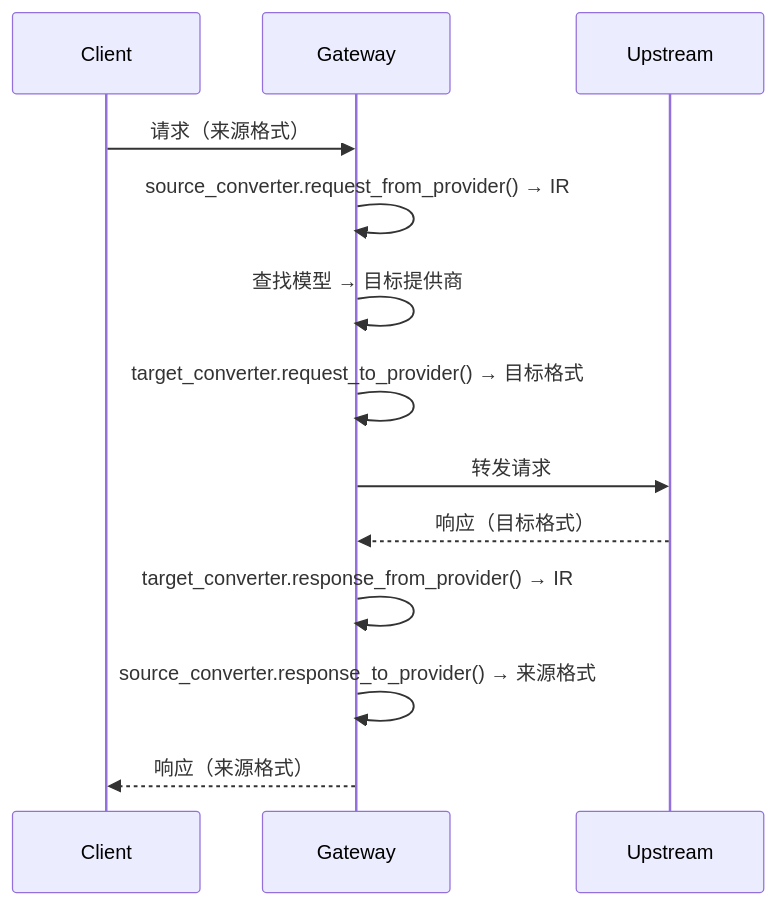
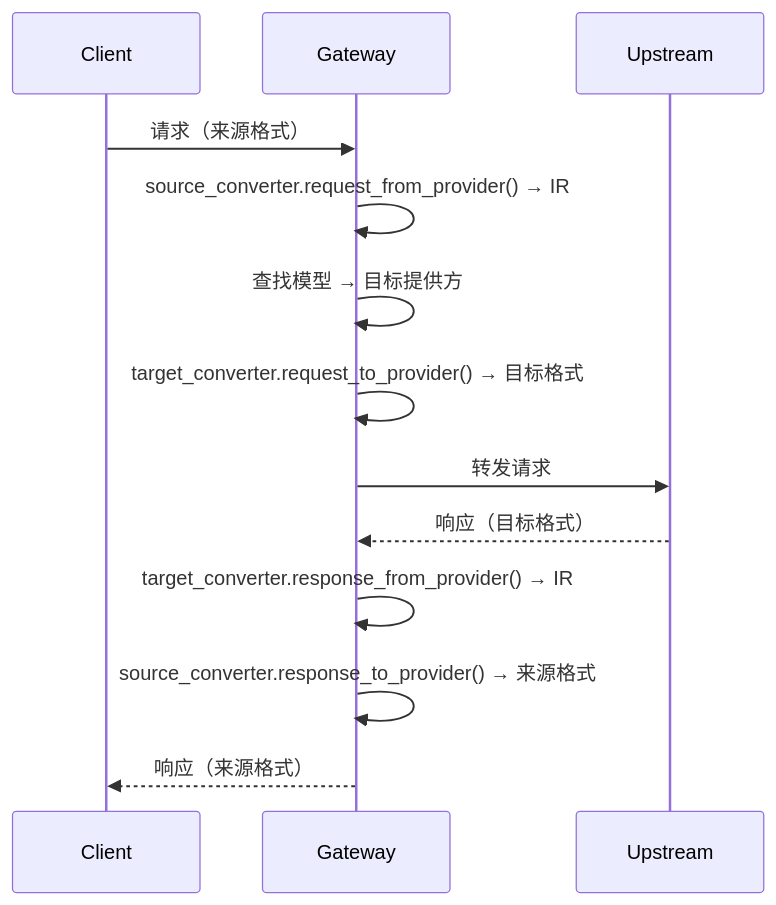
Before and after one commit to Oaklight/llm-rosetta: the second of 2 diagrams in docs/gateway/index.md, drawn with Mermaid. The commit also changed other lines of this file and 29 other files, not shown here.

````diff
--- a/docs/gateway/index.md
+++ b/docs/gateway/index.md
@@ -72,16 +72,16 @@
 ```mermaid
 sequenceDiagram
     participant 客户端 as Client
     participant 网关 as Gateway
     participant 上游 as Upstream
 
     客户端->>网关: 请求（来源格式）
     网关->>网关: source_converter.request_from_provider() → IR
-    网关->>网关: 查找模型 → 目标提供商
+    网关->>网关: 查找模型 → 目标提供方
     网关->>网关: target_converter.request_to_provider() → 目标格式
     网关->>上游: 转发请求
     上游-->>网关: 响应（目标格式）
     网关->>网关: target_converter.response_from_provider() → IR
     网关->>网关: source_converter.response_to_provider() → 来源格式
     网关-->>客户端: 响应（来源格式）
 ```
````
